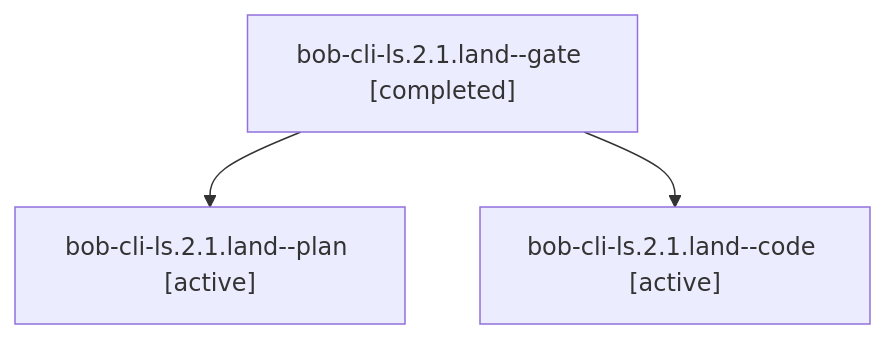
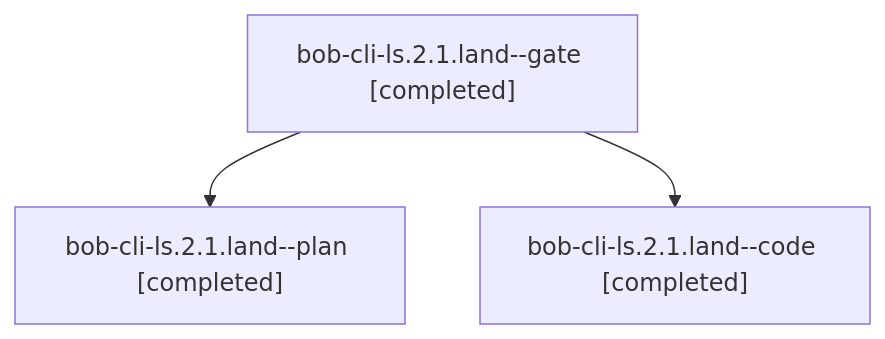
Before and after one commit to bobs-org/bob-cli--agents: the diagram in sessions/bbugyi200.athena.bob-cli-ls.2.1.land.md, drawn with Mermaid. The commit also changed other lines of this file and 52 other files, not shown here.

````diff
--- a/sessions/bbugyi200.athena.bob-cli-ls.2.1.land.md
+++ b/sessions/bbugyi200.athena.bob-cli-ls.2.1.land.md
@@ -9,8 +9,8 @@
 ```mermaid
 flowchart TD
   n0["bob-cli-ls.2.1.land--gate [completed]"]
-  n1["bob-cli-ls.2.1.land--plan [active]"]
+  n1["bob-cli-ls.2.1.land--plan [completed]"]
   n0 --> n1
-  n2["bob-cli-ls.2.1.land--code [active]"]
+  n2["bob-cli-ls.2.1.land--code [completed]"]
   n0 --> n2
 ```
````
